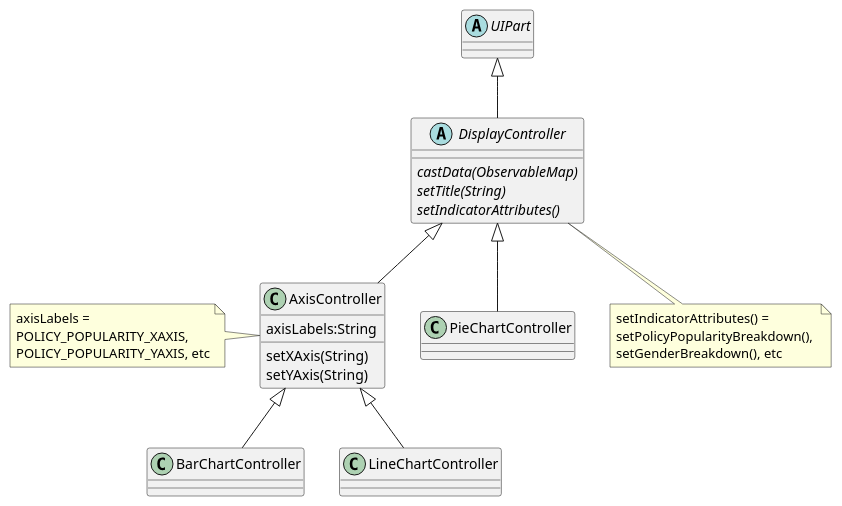
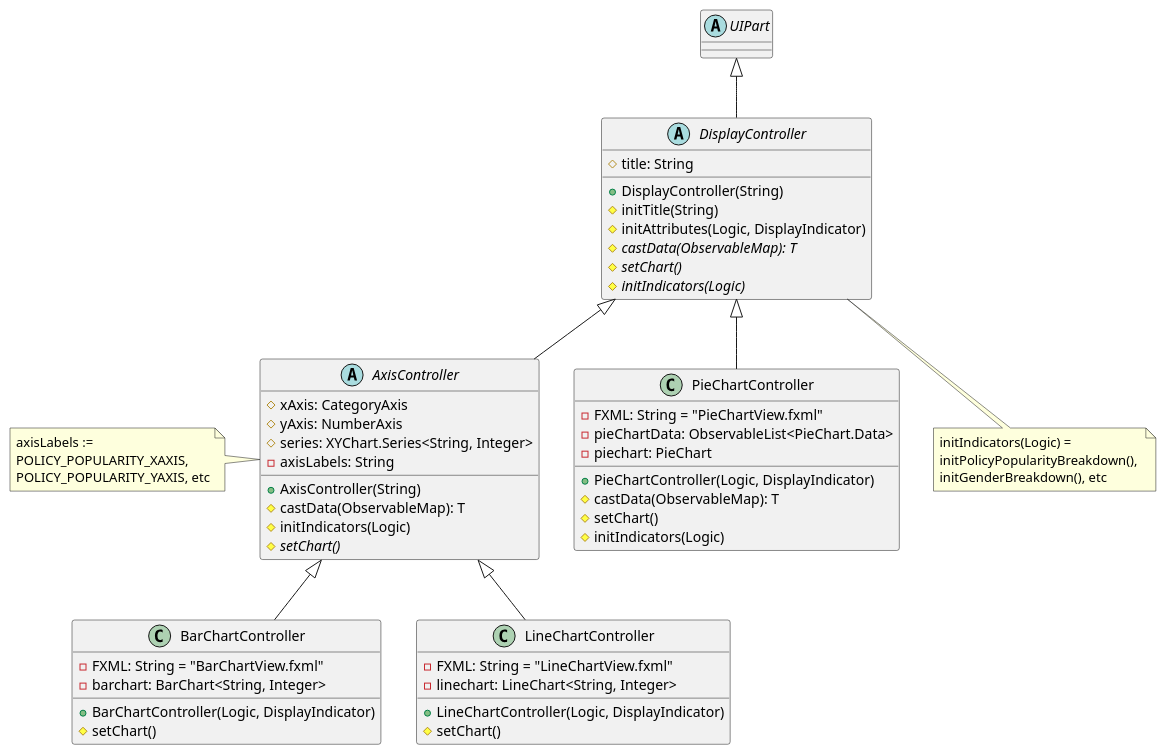
Before and after one commit to nus-cs2103-AY1920S1/addressbook-level3: the diagram in docs/diagrams/DisplayClassDiagram.puml, drawn with PlantUML. The commit also changed 3 other files, not shown here.

Commit message:
Refactored diagrams to fit new OOP solution

```diff
--- a/docs/diagrams/DisplayClassDiagram.puml
+++ b/docs/diagrams/DisplayClassDiagram.puml
@@ -1,31 +1,55 @@
 @startuml
 
 abstract class UIPart {
 }
 abstract class DisplayController {
-{abstract}castData(ObservableMap)
-{abstract}setTitle(String)
-{abstract}setIndicatorAttributes()
+#title: String
++DisplayController(String)
+#initTitle(String)
+#initAttributes(Logic, DisplayIndicator)
+#{abstract}castData(ObservableMap): T
+#{abstract}setChart()
+#{abstract}initIndicators(Logic)
 }
-class AxisController {
-axisLabels:String
-setXAxis(String)
-setYAxis(String)
+abstract class AxisController {
+#xAxis: CategoryAxis
+#yAxis: NumberAxis
+#series: XYChart.Series<String, Integer>
+-axisLabels: String
++AxisController(String)
+#castData(ObservableMap): T
+#initIndicators(Logic)
+#{abstract}setChart()
 }
 class PieChartController{
+-FXML: String = "PieChartView.fxml"
+-pieChartData: ObservableList<PieChart.Data>
+-piechart: PieChart
++ PieChartController(Logic, DisplayIndicator)
+#castData(ObservableMap): T
+#setChart()
+#initIndicators(Logic)
 }
 class BarChartController{
+-FXML: String = "BarChartView.fxml"
+-barchart: BarChart<String, Integer>
++ BarChartController(Logic, DisplayIndicator)
+# setChart()
 }
 class LineChartController{
+-FXML: String = "LineChartView.fxml"
+-linechart: LineChart<String, Integer>
++ LineChartController(Logic, DisplayIndicator)
+# setChart()
 }
 
 UIPart <|-down- DisplayController
 DisplayController <|-down- AxisController
 DisplayController <|-down- PieChartController
 AxisController <|-down- BarChartController
 AxisController <|-down- LineChartController
 
-note bottom of DisplayController: setIndicatorAttributes() = \nsetPolicyPopularityBreakdown(), \nsetGenderBreakdown(), etc
-note left of AxisController: axisLabels = \nPOLICY_POPULARITY_XAXIS, \nPOLICY_POPULARITY_YAXIS, etc
+note bottom of DisplayController: initIndicators(Logic) = \ninitPolicyPopularityBreakdown(), \ninitGenderBreakdown(), etc
+note left of AxisController: axisLabels := \nPOLICY_POPULARITY_XAXIS, \nPOLICY_POPULARITY_YAXIS, etc
 
 @enduml
```
